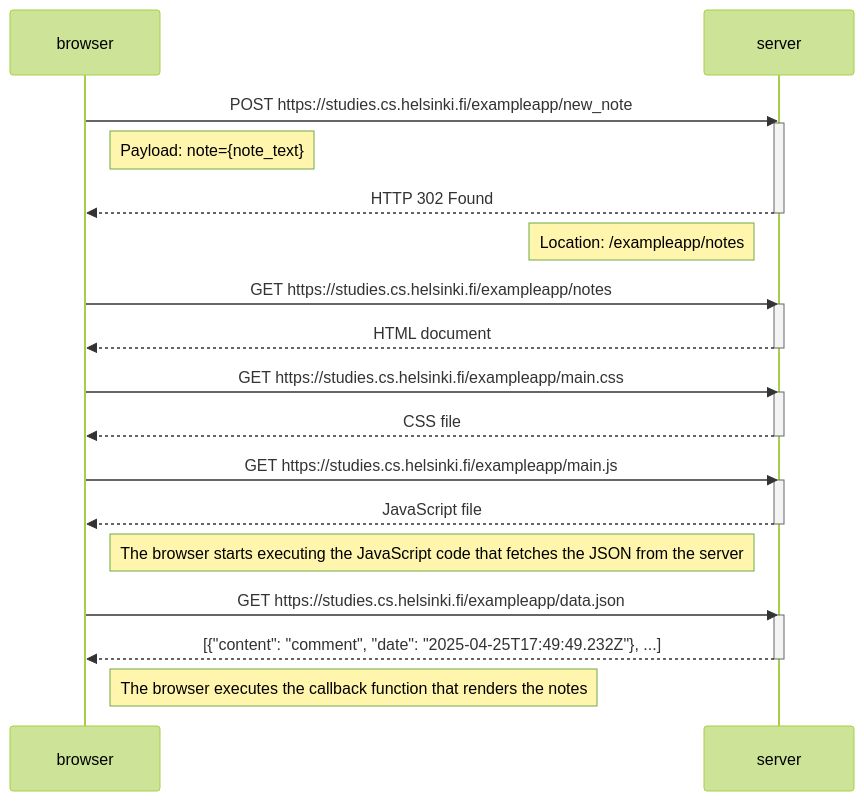
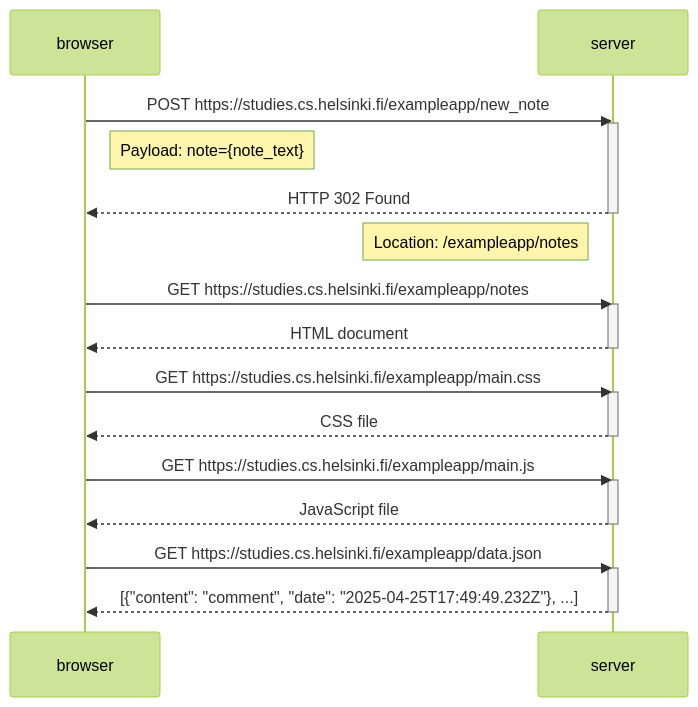
Before and after one commit to yuliyashibaeva/full-stack-developer-course: the diagram in part0/exercise_0.4_new_note_diagram.md, drawn with Mermaid (forest theme).

Commit message:
edited exercise 0.4 diagram

````diff
--- a/part0/exercise_0.4_new_note_diagram.md
+++ b/part0/exercise_0.4_new_note_diagram.md
@@ -5,37 +5,33 @@
 ```mermaid
 sequenceDiagram
     participant browser
     participant server
 
     browser->>server: POST https://studies.cs.helsinki.fi/exampleapp/new_note
     activate server
     Note right of browser: Payload: note={note_text}
     
     server-->>browser: HTTP 302 Found
     deactivate server
     Note left of server: Location: /exampleapp/notes
 
     browser->>server: GET https://studies.cs.helsinki.fi/exampleapp/notes
     activate server
     server-->>browser: HTML document
     deactivate server
 
     browser->>server: GET https://studies.cs.helsinki.fi/exampleapp/main.css
     activate server
     server-->>browser: CSS file
     deactivate server
 
     browser->>server: GET https://studies.cs.helsinki.fi/exampleapp/main.js
     activate server
     server-->>browser: JavaScript file
     deactivate server
 
-    Note right of browser: The browser starts executing the JavaScript code that fetches the JSON from the server
-
     browser->>server: GET https://studies.cs.helsinki.fi/exampleapp/data.json
     activate server
     server-->>browser: [{"content": "comment", "date": "2025-04-25T17:49:49.232Z"}, ...]
     deactivate server
-
-    Note right of browser: The browser executes the callback function that renders the notes
 ```
````
